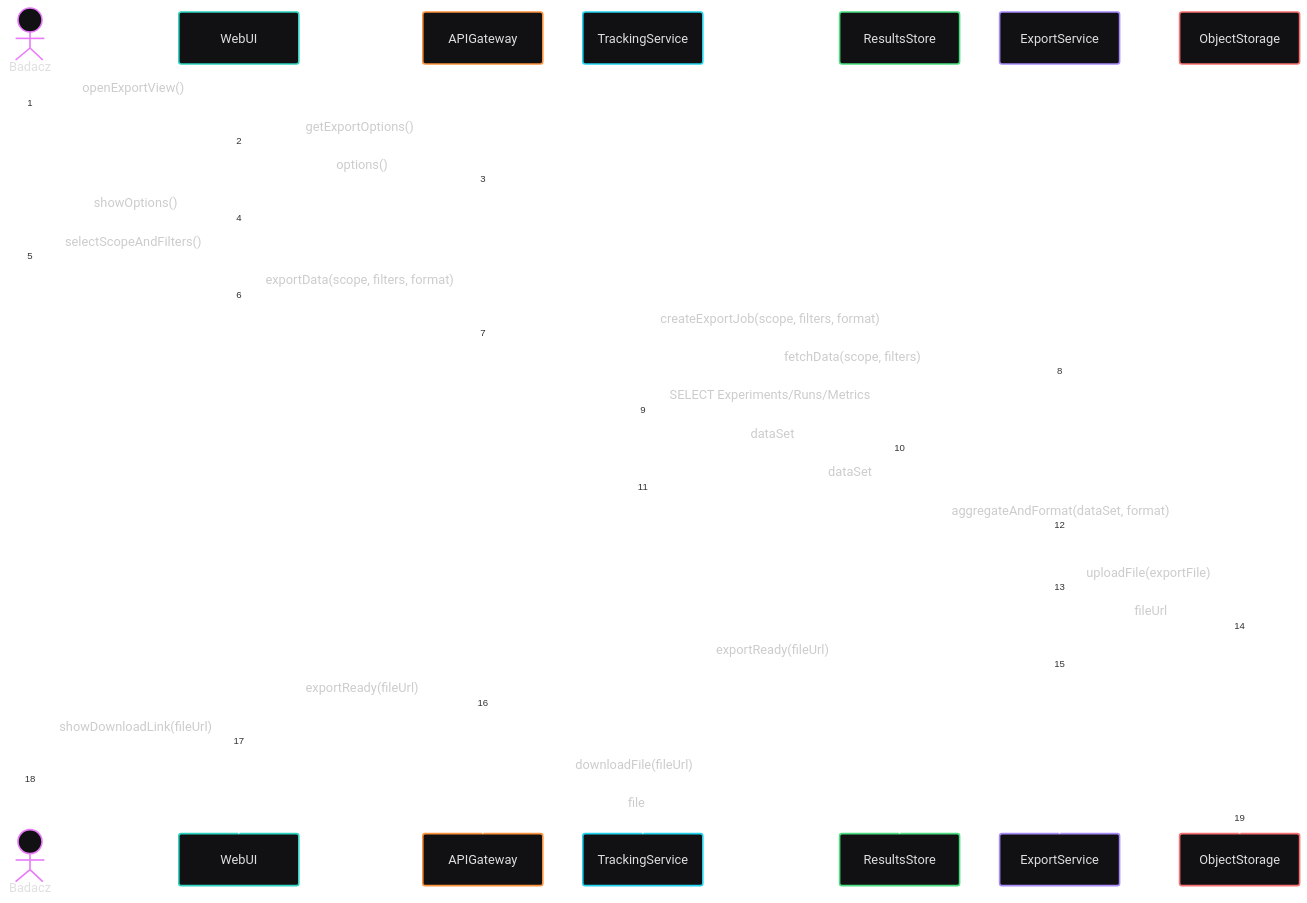
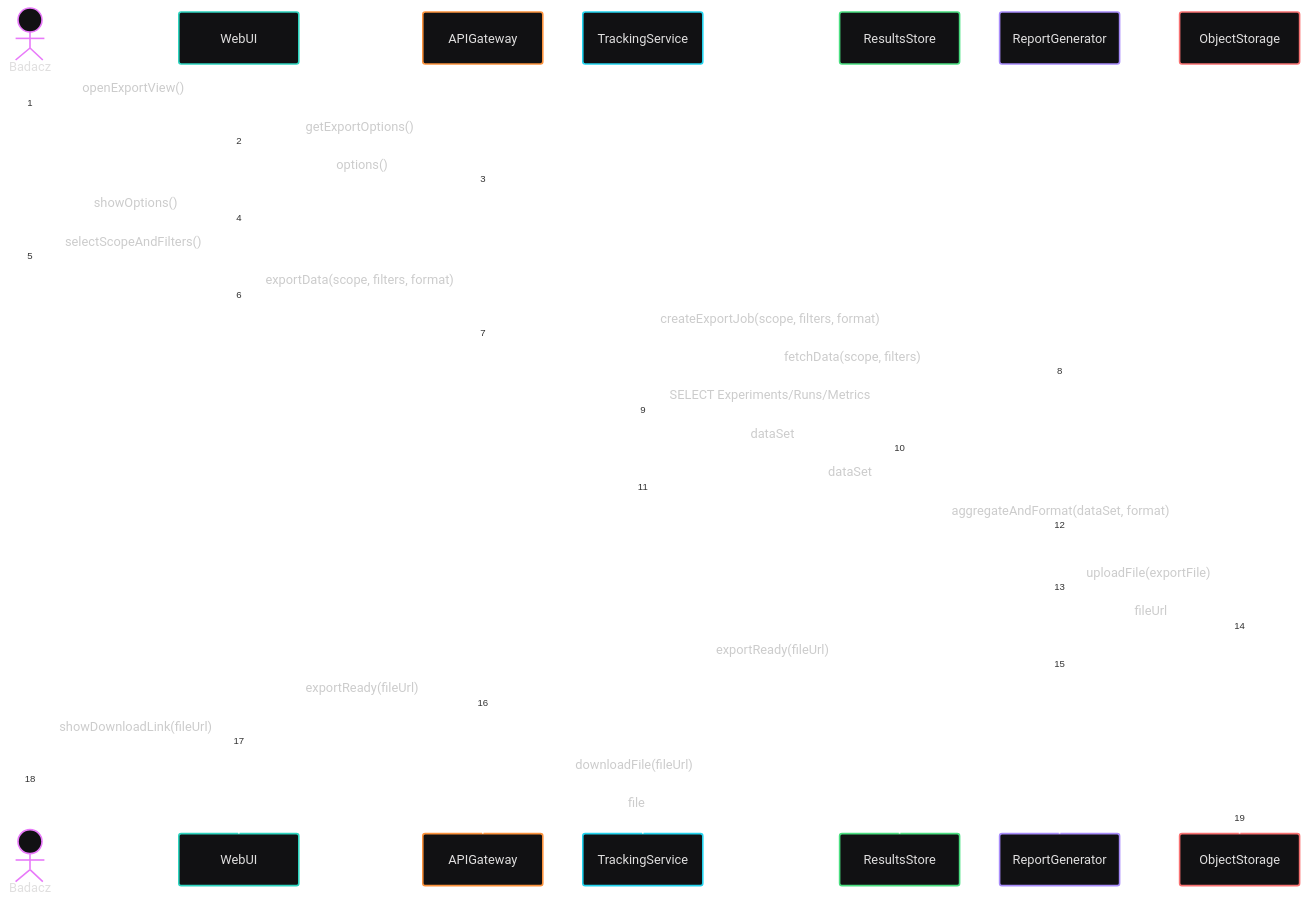
Diagram 31 of 34 in docs/system_c4_architecture.md (jedrzejpolaczek/aviarium.corvidae.corvus_corone), drawn with Mermaid before and after one commit. The commit also changed other lines of this file, not shown here.

````diff
--- a/docs/system_c4_architecture.md
+++ b/docs/system_c4_architecture.md
@@ -2448,34 +2280,34 @@
 ```mermaid
 ---
 config:
   theme: redux-dark-color
 ---
 sequenceDiagram
     autonumber
     actor User as Badacz
     participant UI as WebUI
     participant API as APIGateway
     participant TRK as TrackingService
     participant DB as ResultsStore
-    participant REP as ExportService
+    participant REP as ReportGenerator
     participant OBJ as ObjectStorage
     User->>UI: openExportView()
     UI->>API: getExportOptions()
     API-->>UI: options()
     UI-->>User: showOptions()
     User->>UI: selectScopeAndFilters()
     UI->>API: exportData(scope, filters, format)
     API->>REP: createExportJob(scope, filters, format)
     REP->>TRK: fetchData(scope, filters)
     TRK->>DB: SELECT Experiments/Runs/Metrics
     DB-->>TRK: dataSet
     TRK-->>REP: dataSet
     REP->>REP: aggregateAndFormat(dataSet, format)
     REP->>OBJ: uploadFile(exportFile)
     OBJ-->>REP: fileUrl
     REP-->>API: exportReady(fileUrl)
     API-->>UI: exportReady(fileUrl)
     UI-->>User: showDownloadLink(fileUrl)
     User->>OBJ: downloadFile(fileUrl)
     OBJ-->>User: file
 ```
````
